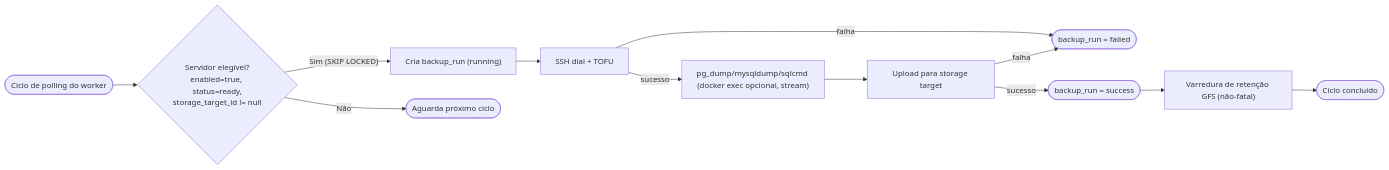
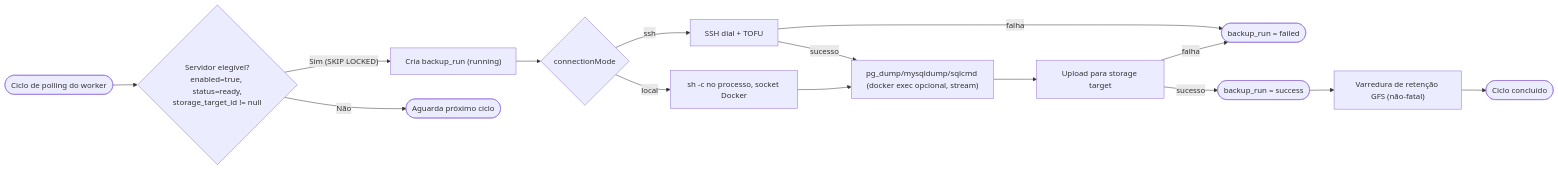
Before and after one commit to c3t4r4/Backapeando-Backup-Manager: the second of 4 diagrams in docs/Organograma.md, drawn with Mermaid. The commit also changed other lines of this file and 38 other files, not shown here.

First line of the commit message:
feat(docker): add support for local connection mode

````diff
--- a/docs/Organograma.md
+++ b/docs/Organograma.md
@@ -28,14 +30,17 @@
 ```mermaid
 flowchart LR
     Cron(["Ciclo de polling do worker"]) --> Claim{"Servidor elegível?<br/>enabled=true, status=ready,<br/>storage_target_id != null"}
     Claim -->|"Sim (SKIP LOCKED)"| Create["Cria backup_run (running)"]
     Claim -->|"Não"| Fim1(["Aguarda próximo ciclo"])
-    Create --> SSHConn["SSH dial + TOFU"]
+    Create --> Runner{"connectionMode"}
+    Runner -->|ssh| SSHConn["SSH dial + TOFU"]
+    Runner -->|local| LocalConn["sh -c no processo, socket Docker"]
     SSHConn -->|"falha"| Failed(["backup_run = failed"])
     SSHConn -->|"sucesso"| Dump["pg_dump/mysqldump/sqlcmd (docker exec opcional, stream)"]
+    LocalConn --> Dump
     Dump --> Upload["Upload para storage target"]
     Upload -->|"falha"| Failed
     Upload -->|"sucesso"| Success(["backup_run = success"])
     Success --> Sweep["Varredura de retenção GFS (não-fatal)"]
     Sweep --> Fim2(["Ciclo concluído"])
 ```
````
